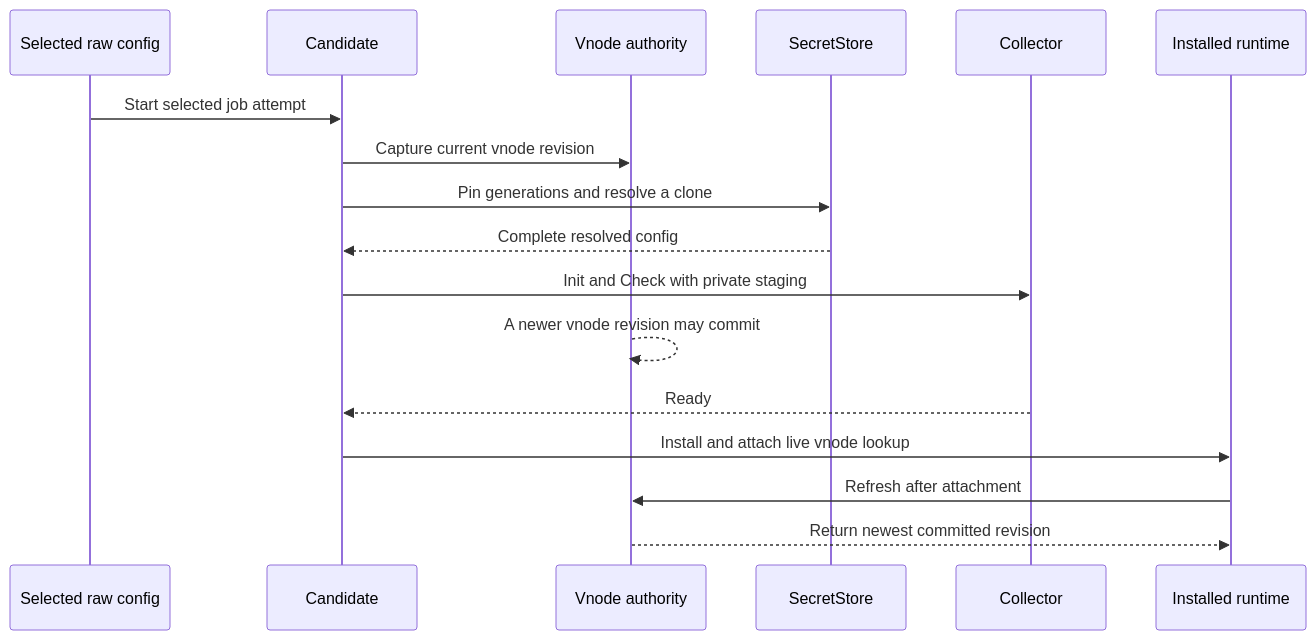
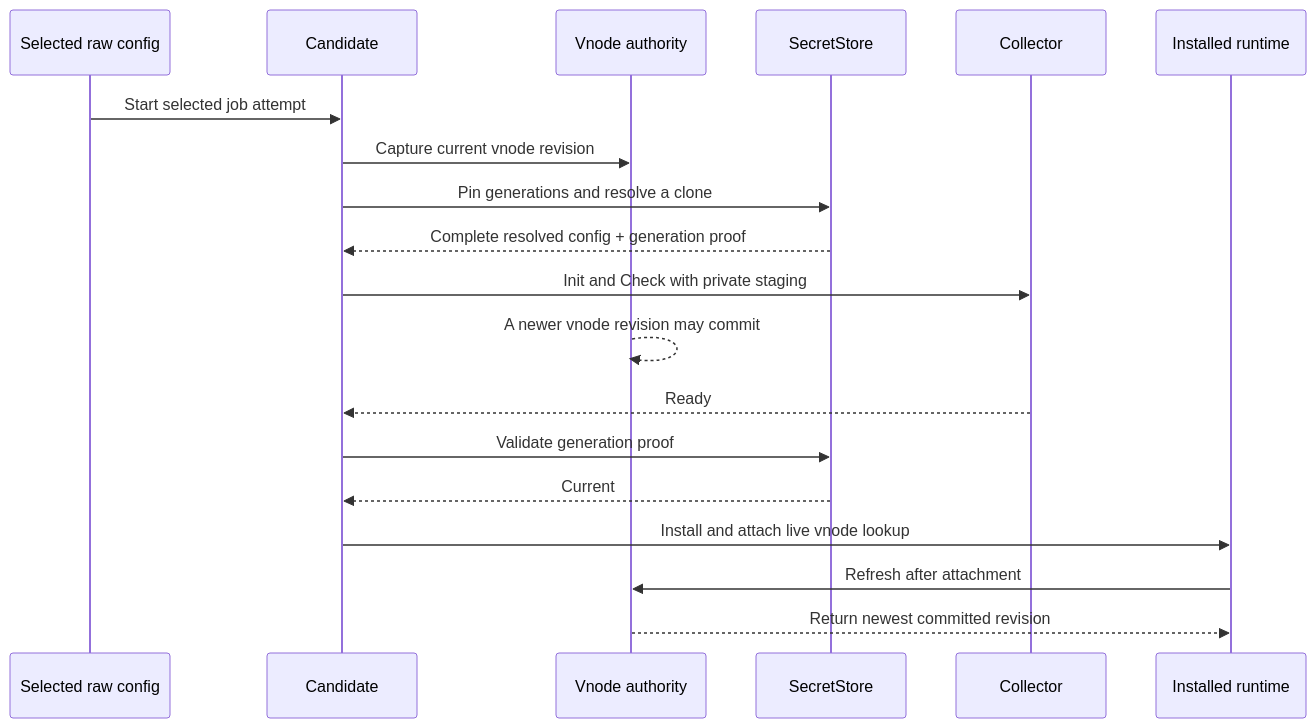
One commit to netdata/netdata changed the tenth of 11 diagrams in src/go/plugin/agent/jobmgr/ARCHITECTURE.md. Above: the diagram before and after it, drawn with Mermaid. The commit also changed other lines of this file and 16 other files, not shown here.

````diff
--- a/src/go/plugin/agent/jobmgr/ARCHITECTURE.md
+++ b/src/go/plugin/agent/jobmgr/ARCHITECTURE.md
@@ -802,20 +815,22 @@
 ```mermaid
 sequenceDiagram
     participant S as Selected raw config
     participant J as Candidate
     participant V as Vnode authority
     participant K as SecretStore
     participant C as Collector
     participant R as Installed runtime
 
     S->>J: Start selected job attempt
     J->>V: Capture current vnode revision
     J->>K: Pin generations and resolve a clone
-    K-->>J: Complete resolved config
+    K-->>J: Complete resolved config + generation proof
     J->>C: Init and Check with private staging
     V-->>V: A newer vnode revision may commit
     C-->>J: Ready
+    J->>K: Validate generation proof
+    K-->>J: Current
     J->>R: Install and attach live vnode lookup
     R->>V: Refresh after attachment
     V-->>R: Return newest committed revision
 ```
````
